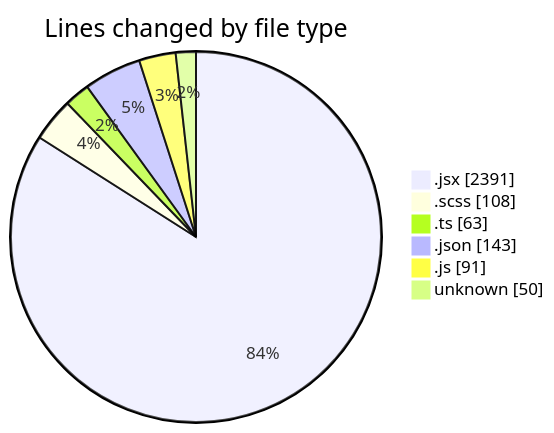
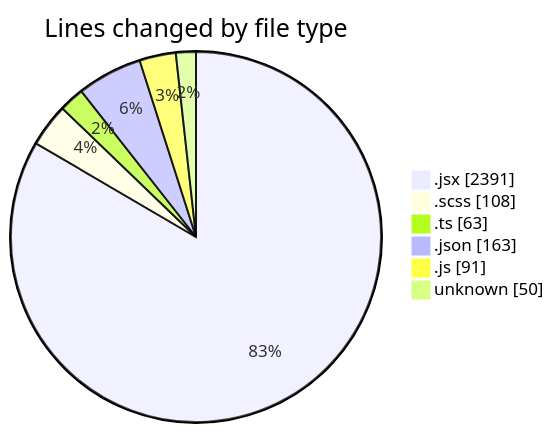
Before and after one commit to momahboobian/code-tracking: the first of 2 diagrams in 2026-09-01/cda/README.md, drawn with Mermaid. The commit also changed other lines of this file and 1 other file, not shown here.

````diff
--- a/2026-09-01/cda/README.md
+++ b/2026-09-01/cda/README.md
@@ -52,10 +52,10 @@
 ```mermaid
 pie showData
 title Lines changed by file type
 ".jsx" : 2391
 ".scss" : 108
 ".ts" : 63
-".json" : 143
+".json" : 163
 ".js" : 91
 "unknown" : 50
 ```
````
